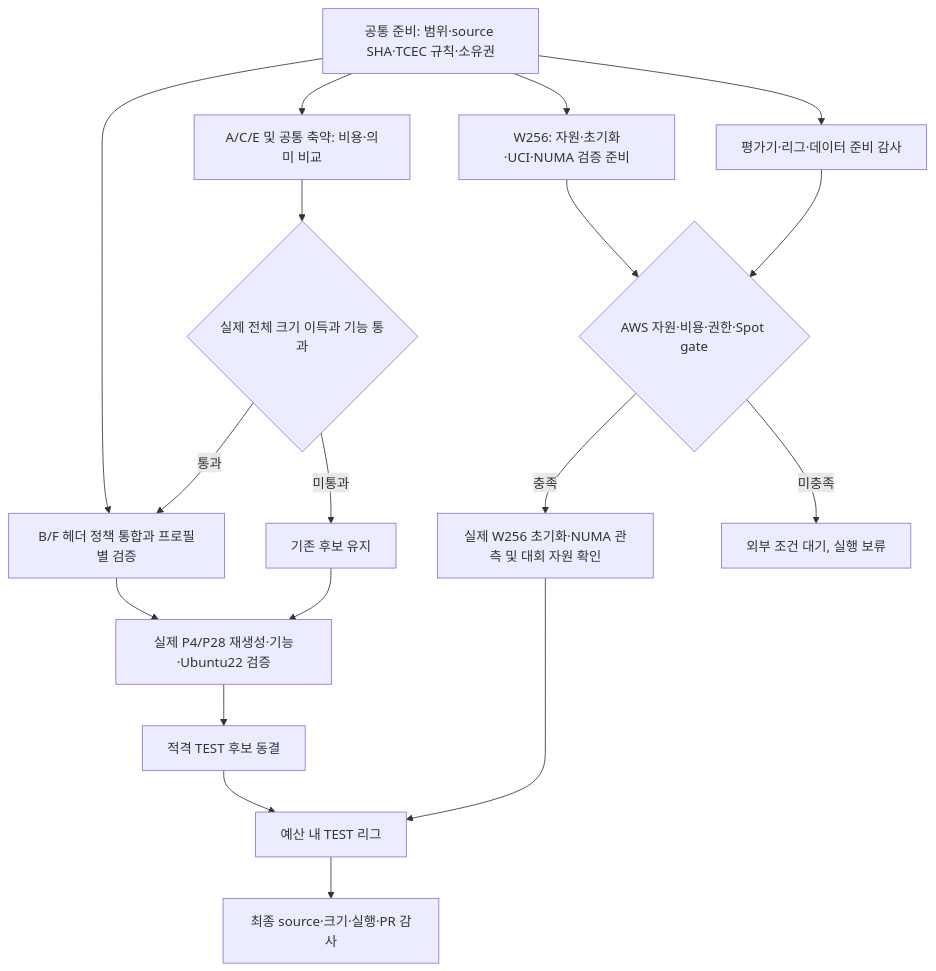
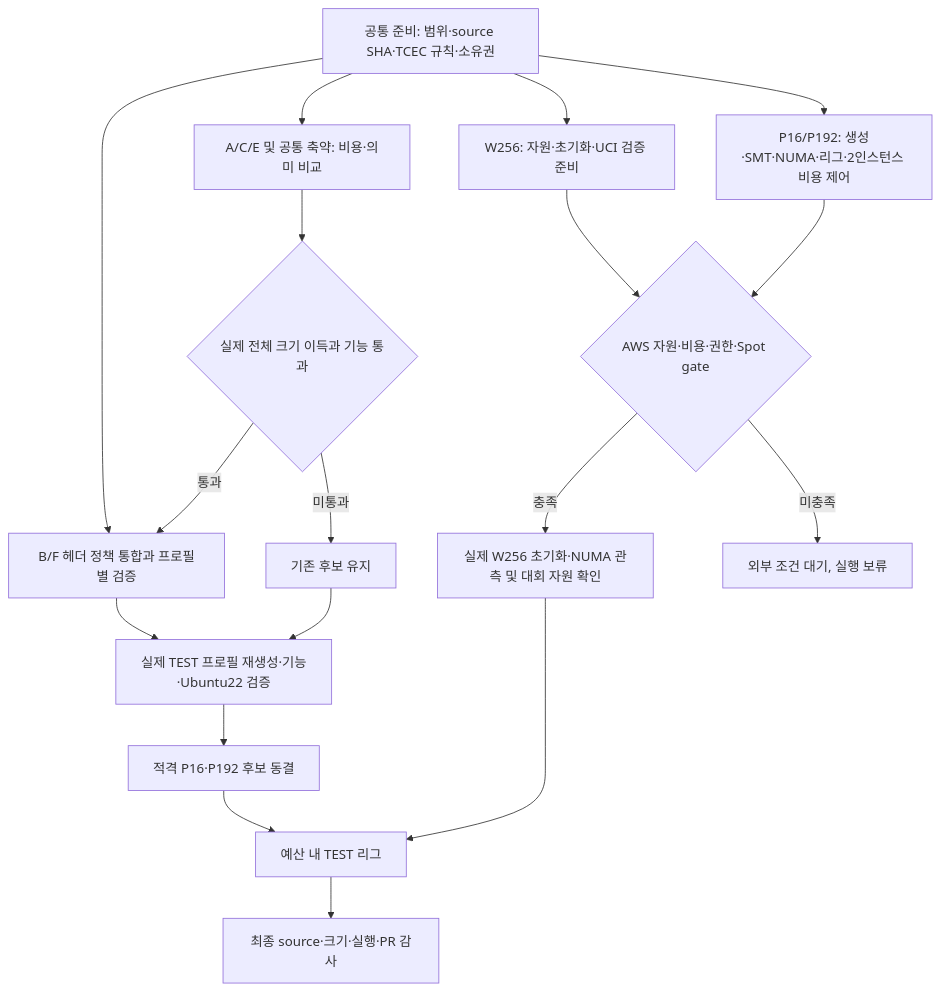
The first of 5 diagrams in docs/ENGINE-PLAN.ko.md (daejunnom/Rove4k), drawn with Mermaid before and after one commit. The commit also changed other lines of this file and 1 other file, not shown here.

Commit message:
wip(engine): record shared CPU league and test P16 topology

````diff
--- a/docs/ENGINE-PLAN.ko.md
+++ b/docs/ENGINE-PLAN.ko.md
@@ -78,20 +83,20 @@
 ```mermaid
 flowchart TD
   P[공통 준비: 범위·source SHA·TCEC 규칙·소유권] --> H[B/F 헤더 정책 통합과 프로필별 검증]
   P --> C[A/C/E 및 공통 축약: 비용·의미 비교]
-  P --> W[W256: 자원·초기화·UCI·NUMA 검증 준비]
-  P --> R[평가기·리그·데이터 준비 감사]
+  P --> W[W256: 자원·초기화·UCI 검증 준비]
+  P --> R[P16/P192: 생성·SMT·NUMA·리그·2인스턴스 비용 제어]
   C --> S{실제 전체 크기 이득과 기능 통과}
   S -->|통과| H
   S -->|미통과| K[기존 후보 유지]
-  H --> V[실제 P4/P28 재생성·기능·Ubuntu22 검증]
+  H --> V[실제 TEST 프로필 재생성·기능·Ubuntu22 검증]
   K --> V
   W --> G{AWS 자원·비용·권한·Spot gate}
   R --> G
-  V --> Q[적격 TEST 후보 동결]
+  V --> Q[적격 P16·P192 후보 동결]
   G -->|충족| X[실제 W256 초기화·NUMA 관측 및 대회 자원 확인]
   G -->|미충족| B[외부 조건 대기, 실행 보류]
   Q --> L[예산 내 TEST 리그]
   X --> L
   L --> A[최종 source·크기·실행·PR 감사]
 ```
````
